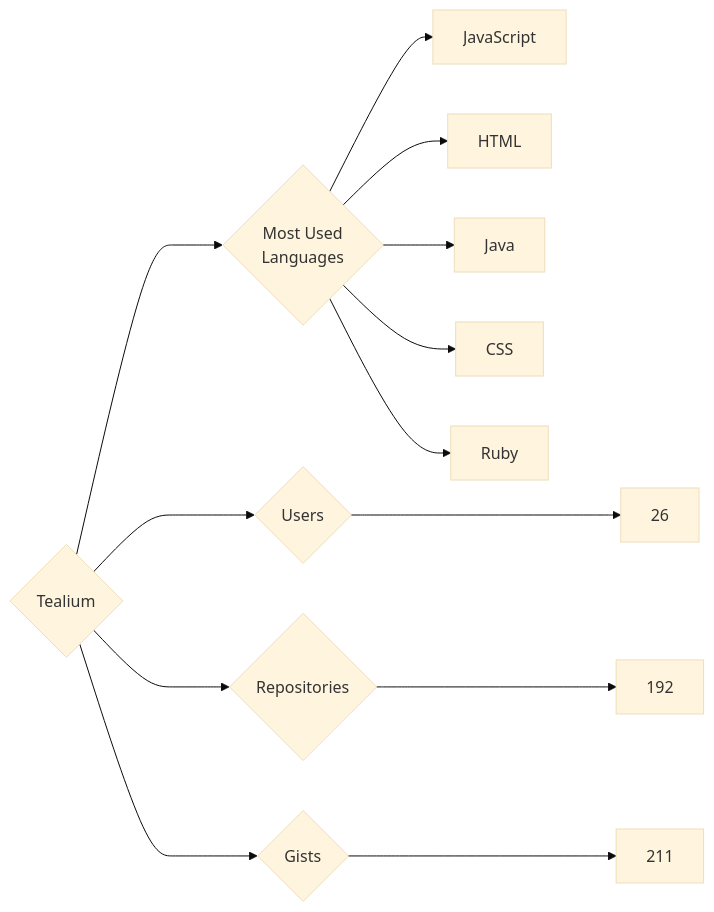
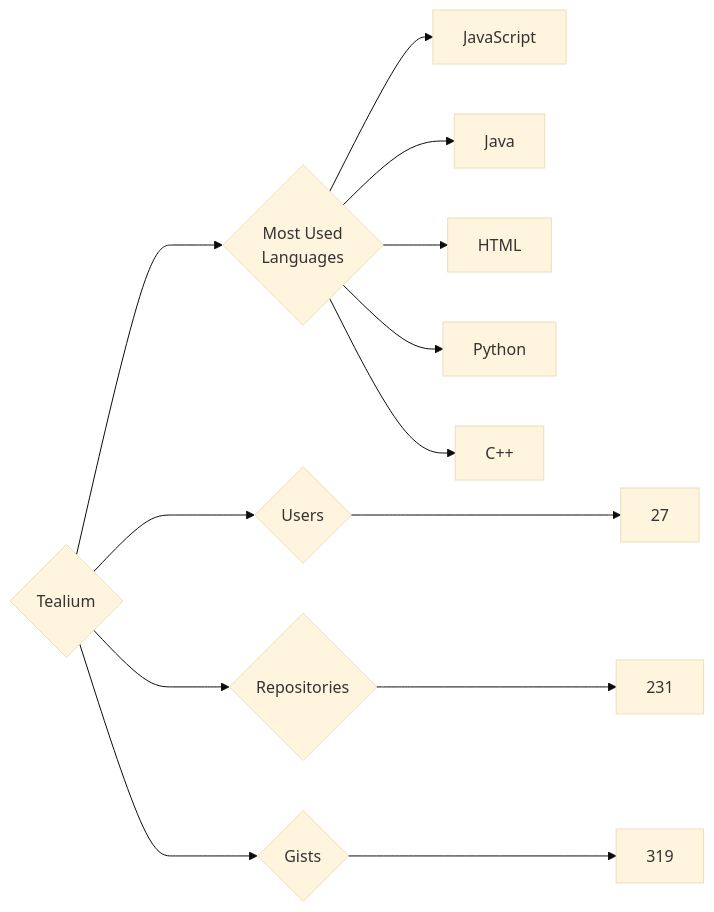
The diagram in targets/Tealium/README.md (trickest/insiders), drawn with Mermaid (base theme) before and after one commit. The commit also changed 748 other files, not shown here.

````diff
--- a/targets/Tealium/README.md
+++ b/targets/Tealium/README.md
@@ -3,13 +3,13 @@
 ```mermaid
 graph LR
 COMPANY_NAME{Tealium}
-COMPANY_NAME ---> U{Users} ---> UN[26]
-COMPANY_NAME ---> R{Repositories} ---> RN[192]
-COMPANY_NAME ---> G{Gists} ---> GN[211]
+COMPANY_NAME ---> U{Users} ---> UN[27]
+COMPANY_NAME ---> R{Repositories} ---> RN[231]
+COMPANY_NAME ---> G{Gists} ---> GN[319]
 COMPANY_NAME ---> ML{Most Used<br>Languages}
 ML --> JavaScript[JavaScript]
+ML --> Java[Java]
 ML --> HTML[HTML]
-ML --> Java[Java]
-ML --> CSS[CSS]
-ML --> Ruby[Ruby]
+ML --> Python[Python]
+ML --> C++[C++]
 ```
````
